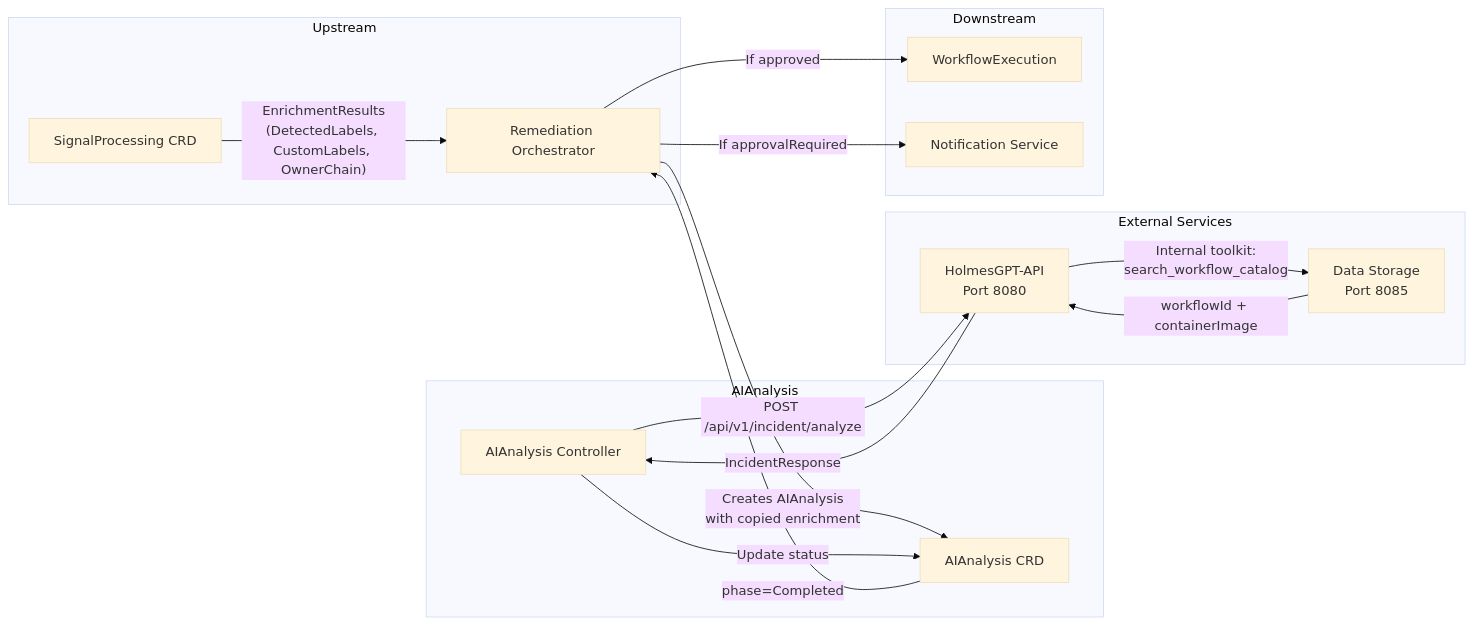
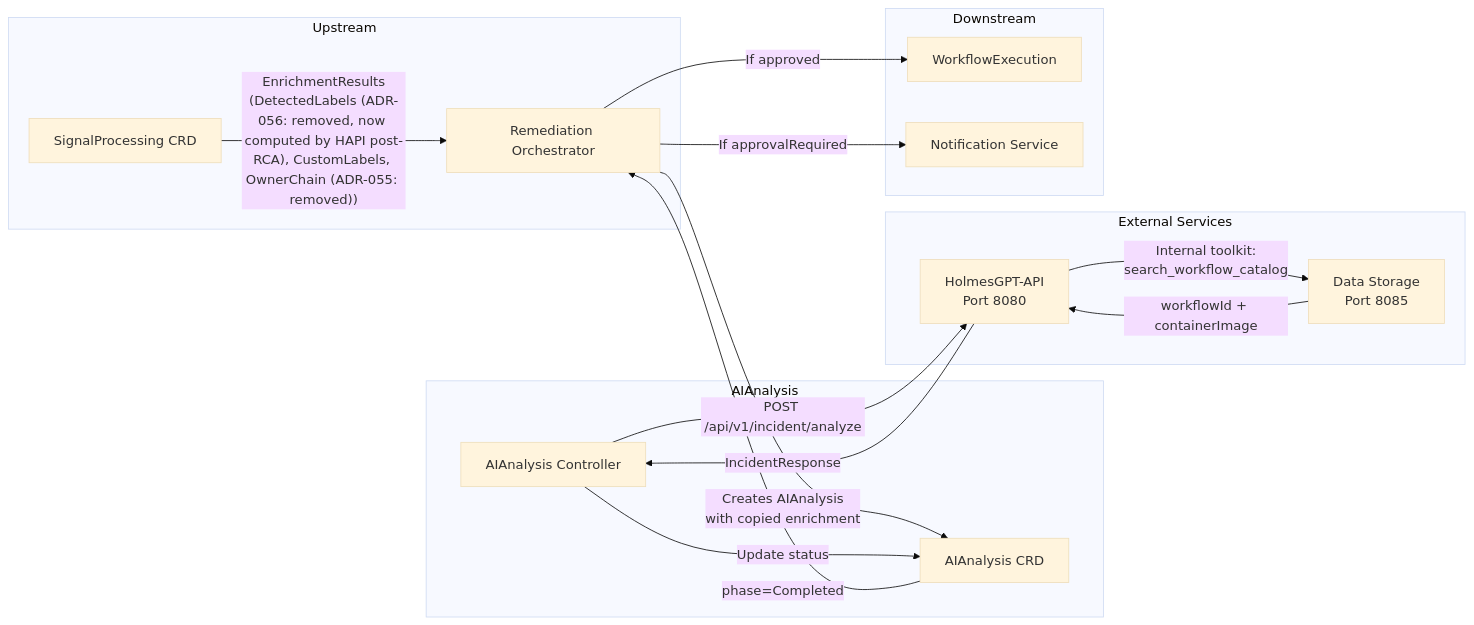
Before and after one commit to jordigilh/kubernaut: the diagram in docs/services/crd-controllers/02-aianalysis/integration-points.md, drawn with Mermaid (base theme). The commit also changed other lines of this file and 41 other files, not shown here.

First line of the commit message:
docs(ADR-056): add test plans and update documentation for DetectedLabels relocation

````diff
--- a/docs/services/crd-controllers/02-aianalysis/integration-points.md
+++ b/docs/services/crd-controllers/02-aianalysis/integration-points.md
@@ -25,33 +25,33 @@
 ```mermaid
 graph LR
     subgraph "Upstream"
         SP[SignalProcessing CRD]
         RO[Remediation Orchestrator]
     end
 
     subgraph "AIAnalysis"
         AIA[AIAnalysis CRD]
         CTRL[AIAnalysis Controller]
     end
 
     subgraph "External Services"
         HAPI[HolmesGPT-API<br/>Port 8080]
         DS[Data Storage<br/>Port 8085]
     end
 
     subgraph "Downstream"
         WE[WorkflowExecution]
         NOT[Notification Service]
     end
 
-    SP -->|"EnrichmentResults<br/>(DetectedLabels, CustomLabels, OwnerChain)"| RO
+    SP -->|"EnrichmentResults<br/>(DetectedLabels (ADR-056: removed, now computed by HAPI post-RCA), CustomLabels, OwnerChain (ADR-055: removed))"| RO
     RO -->|"Creates AIAnalysis<br/>with copied enrichment"| AIA
     CTRL -->|"POST /api/v1/incident/analyze"| HAPI
     HAPI -->|"Internal toolkit:<br/>search_workflow_catalog"| DS
     DS -->|"workflowId + containerImage"| HAPI
     HAPI -->|"IncidentResponse"| CTRL
     CTRL -->|"Update status"| AIA
     AIA -->|"phase=Completed"| RO
     RO -->|"If approved"| WE
     RO -->|"If approvalRequired"| NOT
 ```
````
